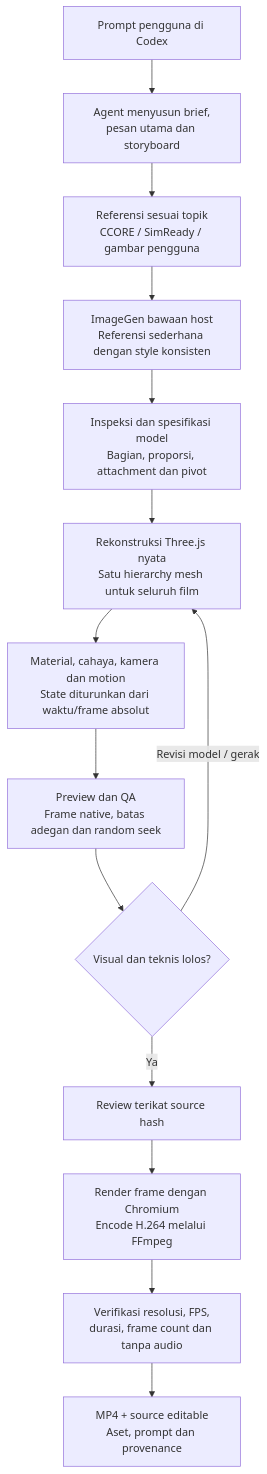
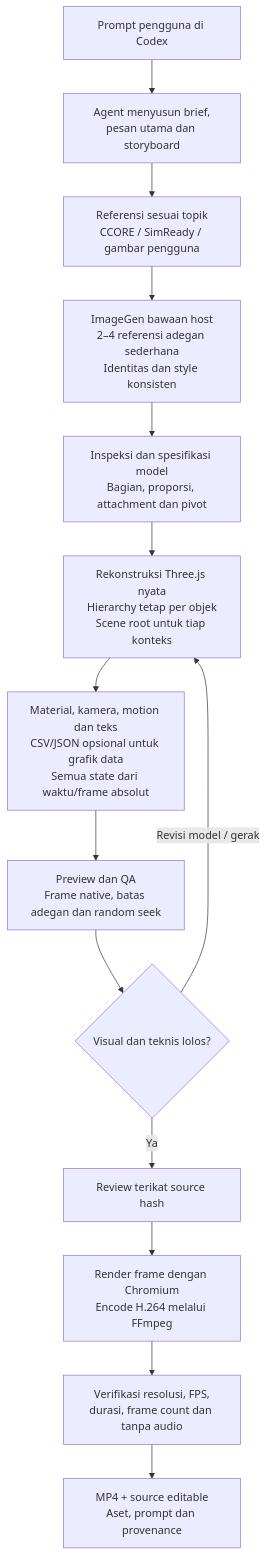
The second of 4 diagrams in README.md (kohryan/unrealmotion-skill), drawn with Mermaid before and after one commit. The commit also changed other lines of this file and 59 other files, not shown here.

Commit message:
feat: release UnrealMotion 1.1 with dynamic stories and data motion

````diff
--- a/README.md
+++ b/README.md
@@ -144,16 +159,16 @@
 ```mermaid
 flowchart TD
     P["Prompt pengguna di Codex"] --> Q["Agent menyusun brief,<br/>pesan utama dan storyboard"]
     Q --> R["Referensi sesuai topik<br/>CCORE / SimReady / gambar pengguna"]
-    R --> S["ImageGen bawaan host<br/>Referensi sederhana dengan style konsisten"]
+    R --> S["ImageGen bawaan host<br/>2–4 referensi adegan sederhana<br/>Identitas dan style konsisten"]
     S --> T["Inspeksi dan spesifikasi model<br/>Bagian, proporsi, attachment dan pivot"]
-    T --> U["Rekonstruksi Three.js nyata<br/>Satu hierarchy mesh untuk seluruh film"]
-    U --> V["Material, cahaya, kamera dan motion<br/>State diturunkan dari waktu/frame absolut"]
+    T --> U["Rekonstruksi Three.js nyata<br/>Hierarchy tetap per objek<br/>Scene root untuk tiap konteks"]
+    U --> V["Material, kamera, motion dan teks<br/>CSV/JSON opsional untuk grafik data<br/>Semua state dari waktu/frame absolut"]
     V --> W["Preview dan QA<br/>Frame native, batas adegan dan random seek"]
     W --> X{"Visual dan teknis lolos?"}
     X -->|Revisi model / gerak| U
     X -->|Ya| Y["Review terikat source hash"]
     Y --> Z["Render frame dengan Chromium<br/>Encode H.264 melalui FFmpeg"]
     Z --> AA["Verifikasi resolusi, FPS,<br/>durasi, frame count dan tanpa audio"]
     AA --> AB["MP4 + source editable<br/>Aset, prompt dan provenance"]
 ```
````
